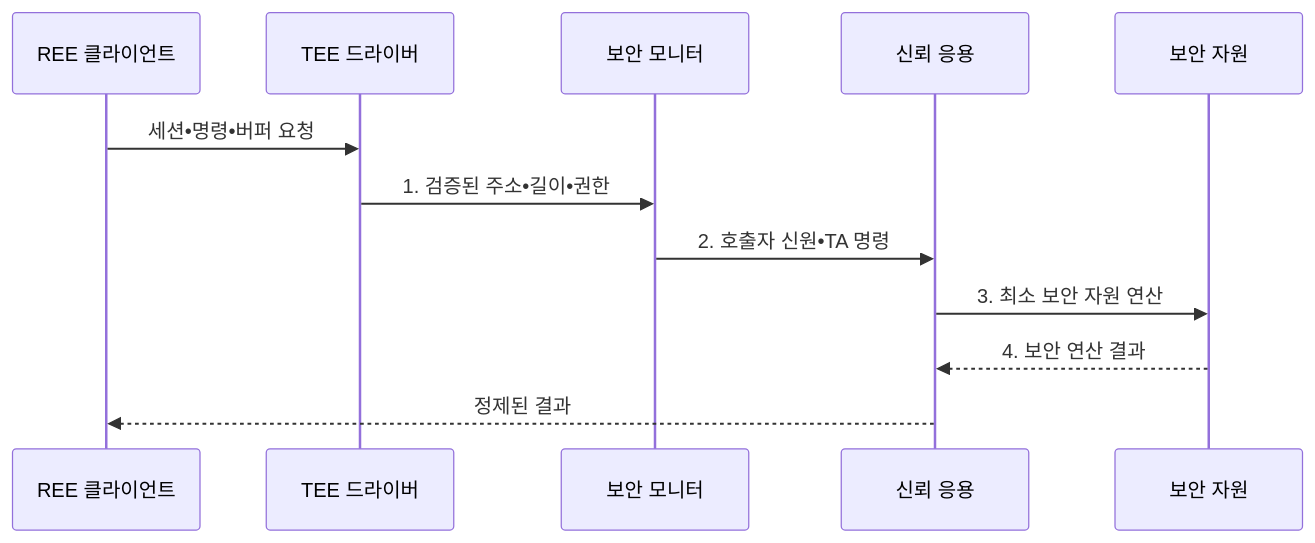
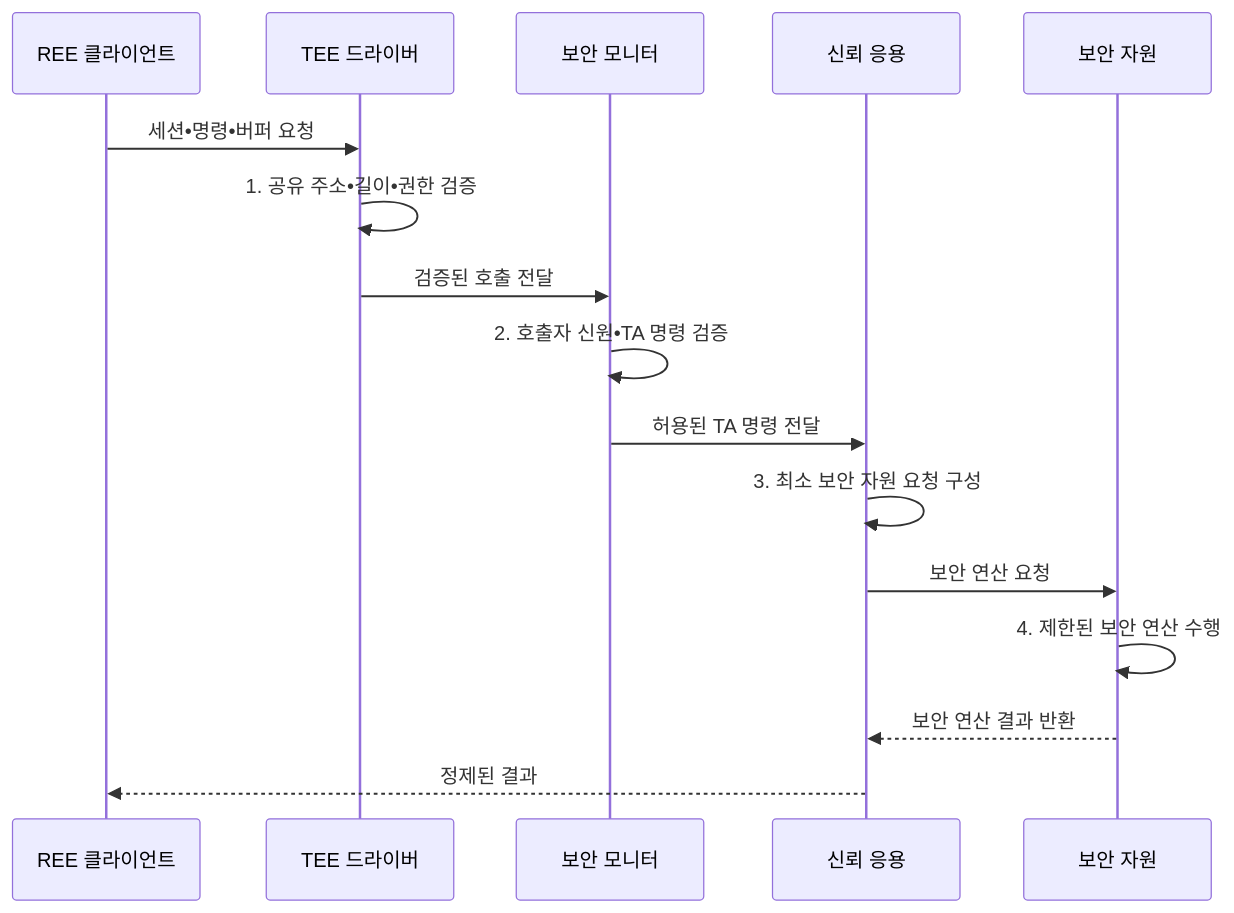
The second of 2 diagrams in src/content/docs/notes/05-security/128_arm_trustzone.md (agnusdei1207/knowledge-base), drawn with Mermaid before and after one commit. The commit also changed other lines of this file and 19 other files, not shown here.

````diff
--- a/src/content/docs/notes/05-security/128_arm_trustzone.md
+++ b/src/content/docs/notes/05-security/128_arm_trustzone.md
@@ -104,14 +104,18 @@
 ```mermaid
 sequenceDiagram
   participant C as REE 클라이언트
   participant D as TEE 드라이버
   participant M as 보안 모니터
   participant T as 신뢰 응용
   participant H as 보안 자원
   C->>D: 세션•명령•버퍼 요청
-  D->>M: 1. 검증된 주소•길이•권한
-  M->>T: 2. 호출자 신원•TA 명령
-  T->>H: 3. 최소 보안 자원 연산
-  H-->>T: 4. 보안 연산 결과
+  D->>D: 1. 공유 주소•길이•권한 검증
+  D->>M: 검증된 호출 전달
+  M->>M: 2. 호출자 신원•TA 명령 검증
+  M->>T: 허용된 TA 명령 전달
+  T->>T: 3. 최소 보안 자원 요청 구성
+  T->>H: 보안 연산 요청
+  H->>H: 4. 제한된 보안 연산 수행
+  H-->>T: 보안 연산 결과 반환
   T-->>C: 정제된 결과
 ```
````
